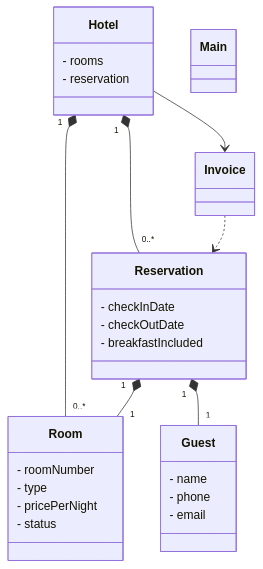
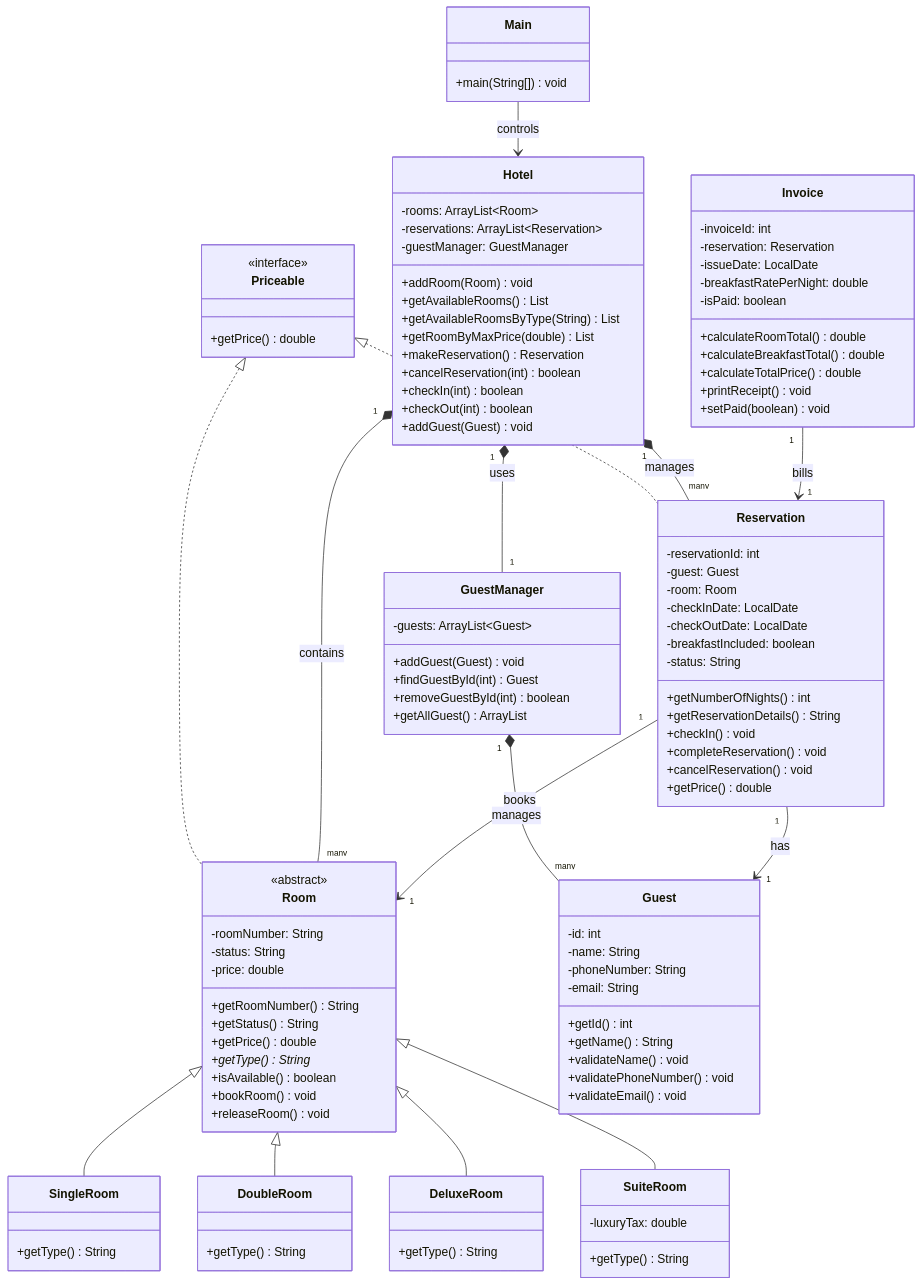
The diagram in src/HotelBooking/plan.mmd (vivian-vnd/HotelBookingSystem), drawn with Mermaid before and after one commit.

Commit message:
updated uml

```diff
--- a/src/HotelBooking/plan.mmd
+++ b/src/HotelBooking/plan.mmd
@@ -1,39 +1,120 @@
 classDiagram
+    class Priceable {
+        <<interface>>
+        +getPrice() double
+    }
+
     class Room {
-        - roomNumber
-        - type
-        - pricePerNight
-        - status
+        <<abstract>>
+        -roomNumber: String
+        -status: String
+        -price: double
+        +getRoomNumber() String
+        +getStatus() String
+        +getPrice() double
+        +getType()* String
+        +isAvailable() boolean
+        +bookRoom() void
+        +releaseRoom() void
+    }
+
+    class SingleRoom {
+        +getType() String
+    }
+
+    class DoubleRoom {
+        +getType() String
+    }
+
+    class DeluxeRoom {
+        +getType() String
+    }
+
+    class SuiteRoom {
+        -luxuryTax: double
+        +getType() String
     }
 
     class Guest {
-        - name
-        - phone
-        - email
+        -id: int
+        -name: String
+        -phoneNumber: String
+        -email: String
+        +getId() int
+        +getName() String
+        +validateName() void
+        +validatePhoneNumber() void
+        +validateEmail() void
+    }
+
+    class GuestManager {
+        -guests: ArrayList~Guest~
+        +addGuest(Guest) void
+        +findGuestById(int) Guest
+        +removeGuestById(int) boolean
+        +getAllGuest() ArrayList
     }
 
     class Reservation {
-        - checkInDate
-        - checkOutDate
-        - breakfastIncluded
+        -reservationId: int
+        -guest: Guest
+        -room: Room
+        -checkInDate: LocalDate
+        -checkOutDate: LocalDate
+        -breakfastIncluded: boolean
+        -status: String
+        +getNumberOfNights() int
+        +getReservationDetails() String
+        +checkIn() void
+        +completeReservation() void
+        +cancelReservation() void
+        +getPrice() double
+    }
+
+    class Invoice {
+        -invoiceId: int
+        -reservation: Reservation
+        -issueDate: LocalDate
+        -breakfastRatePerNight: double
+        -isPaid: boolean
+        +calculateRoomTotal() double
+        +calculateBreakfastTotal() double
+        +calculateTotalPrice() double
+        +printReceipt() void
+        +setPaid(boolean) void
     }
 
     class Hotel {
-        - rooms
-        - reservation
-    }
-
-    class Invoice {
+        -rooms: ArrayList~Room~
+        -reservations: ArrayList~Reservation~
+        -guestManager: GuestManager
+        +addRoom(Room) void
+        +getAvailableRooms() List
+        +getAvailableRoomsByType(String) List
+        +getRoomByMaxPrice(double) List
+        +makeReservation() Reservation
+        +cancelReservation(int) boolean
+        +checkIn(int) boolean
+        +checkOut(int) boolean
+        +addGuest(Guest) void
     }
 
     class Main {
-
+        +main(String[]) void
     }
 
-    %% Relationships
-    Hotel "1" *-- "0..*" Room
-    Hotel "1" *-- "0..*" Reservation
-    Reservation "1" *-- "1" Guest
-    Reservation "1" *-- "1" Room
-    Hotel --> Invoice
-    Invoice ..> Reservation
+    Priceable <|.. Room
+    Priceable <|.. Reservation
+    Room <|-- SingleRoom
+    Room <|-- DoubleRoom
+    Room <|-- DeluxeRoom
+    Room <|-- SuiteRoom
+
+    Hotel "1" *-- "many" Room : contains
+    Hotel "1" *-- "many" Reservation : manages
+    Hotel "1" *-- "1" GuestManager : uses
+    GuestManager "1" *-- "many" Guest : manages
+    Reservation "1" --> "1" Guest : has
+    Reservation "1" --> "1" Room : books
+    Invoice "1" --> "1" Reservation : bills
+    Main --> Hotel : controls
```
